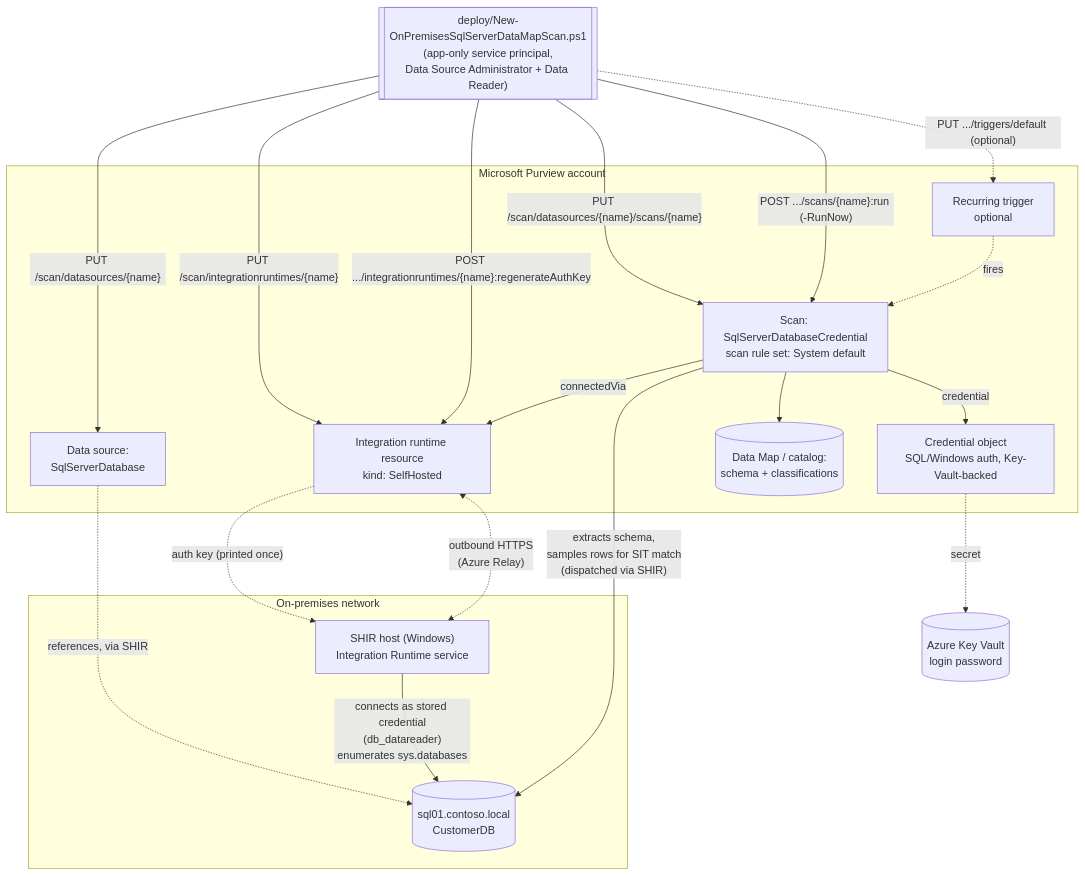
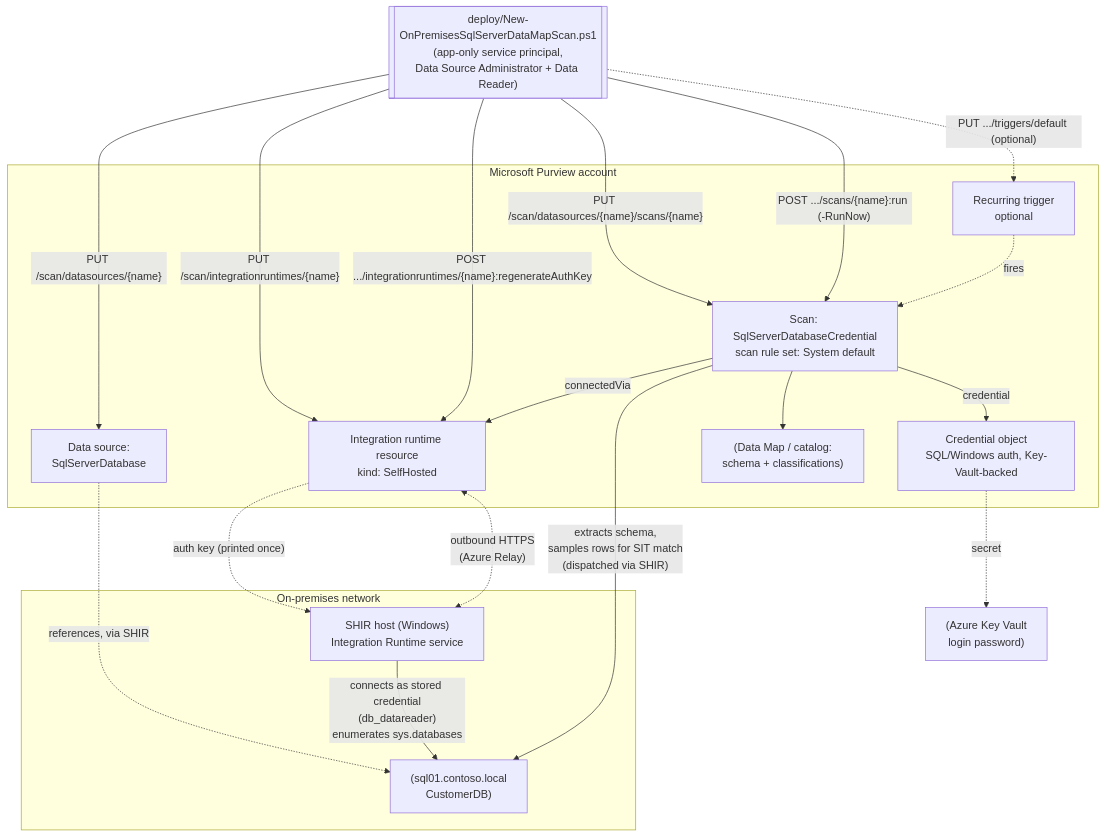
The diagram in src/content/scenarios/data-map/scan-on-premises-sql-server-and-classify.md (kpsec1/kpsec1.github.io), drawn with Mermaid before and after one commit. The commit also changed 80 other files, not shown here.

First line of the commit message:
Fix Mermaid diagram rendering across all scenarios

````diff
--- a/src/content/scenarios/data-map/scan-on-premises-sql-server-and-classify.md
+++ b/src/content/scenarios/data-map/scan-on-premises-sql-server-and-classify.md
@@ -67,38 +67,38 @@
 ```mermaid
 flowchart TD
     subgraph OnPrem["On-premises network"]
-        SQL[(sql01.contoso.local<br/>CustomerDB)]
+        SQL["(sql01.contoso.local<br/>CustomerDB)"]
         SHIRHost["SHIR host (Windows)<br/>Integration Runtime service"]
     end
 
     subgraph Purview["Microsoft Purview account"]
         IR["Integration runtime resource<br/>kind: SelfHosted"]
         DS[Data source:<br/>SqlServerDatabase]
         Scan["Scan: SqlServerDatabaseCredential<br/>scan rule set: System default"]
         Trigger[Recurring trigger<br/>optional]
-        Cred[Credential object<br/>SQL/Windows auth, Key-Vault-backed]
-        DataMap[(Data Map / catalog:<br/>schema + classifications)]
+        Cred["Credential object<br/>SQL/Windows auth, Key-Vault-backed"]
+        DataMap["(Data Map / catalog:<br/>schema + classifications)"]
     end
 
-    KV[(Azure Key Vault<br/>login password)]
+    KV["(Azure Key Vault<br/>login password)"]
 
     Deployer[["deploy/New-OnPremisesSqlServerDataMapScan.ps1<br/>(app-only service principal,<br/>Data Source Administrator + Data Reader)"]]
 
     Deployer -- "PUT /scan/integrationruntimes/{name}" --> IR
     Deployer -- "POST .../integrationruntimes/{name}:regenerateAuthKey" --> IR
     IR -. "auth key (printed once)" .-> SHIRHost
     Deployer -- "PUT /scan/datasources/{name}" --> DS
     Deployer -- "PUT /scan/datasources/{name}/scans/{name}" --> Scan
     Deployer -. "PUT .../triggers/default (optional)" .-> Trigger
     Deployer -- "POST .../scans/{name}:run (-RunNow)" --> Scan
 
     DS -.->|references, via SHIR| SQL
     Scan -- "connectedVia" --> IR
     Scan -- "credential" --> Cred
     Cred -.->|secret| KV
     IR <-.->|"outbound HTTPS<br/>(Azure Relay)"| SHIRHost
     SHIRHost -- "connects as stored credential<br/>(db_datareader)<br/>enumerates sys.databases" --> SQL
     Scan -- "extracts schema,<br/>samples rows for SIT match<br/>(dispatched via SHIR)" --> SQL
     Scan --> DataMap
     Trigger -.->|fires| Scan
 ```
````
